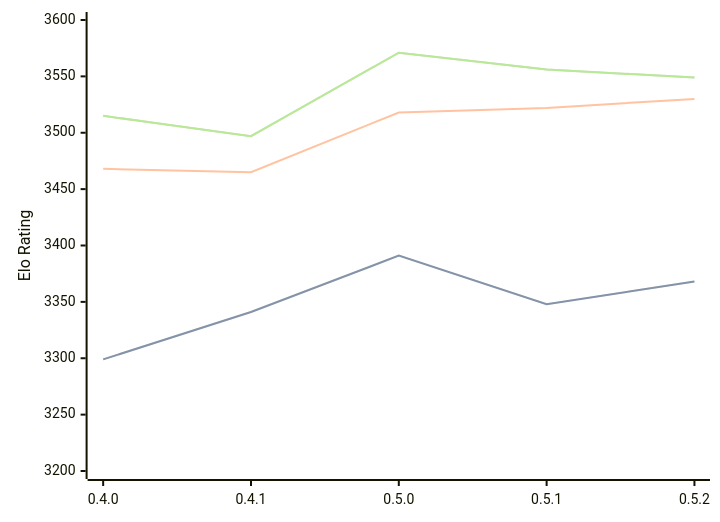
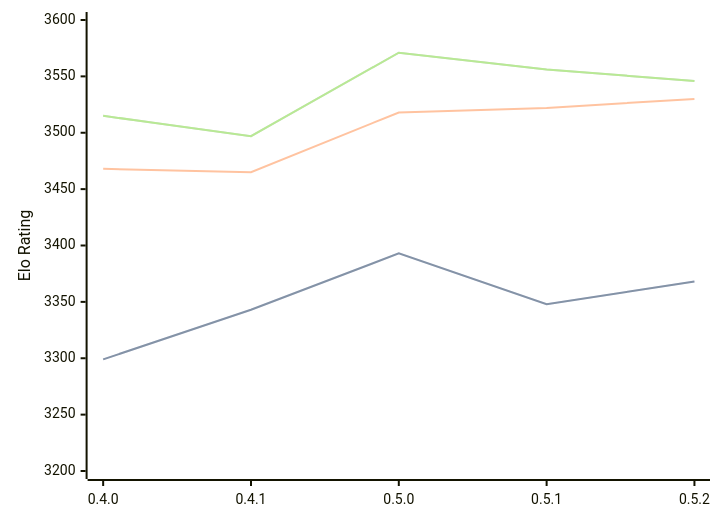
The diagram in engines/Cinder.md (computer-chess-index/cci), drawn with Mermaid before and after one commit. The commit also changed other lines of this file, not shown here.

Commit message:
Update CCI Ratings (ELO VLTC) - 2026-07-26

````diff
--- a/engines/Cinder.md
+++ b/engines/Cinder.md
@@ -43,11 +43,11 @@
 ```mermaid
 %%{init: {"theme":"base","themeVariables":{"seriesColors:['#a3a3a3','#222221','#faa371']}}}%%
 xychart-beta
   x-axis ["0.4.0", "0.4.1", "0.5.0", "0.5.1", "0.5.2"]
   y-axis "Elo Rating" 3200 --> 3600
-  line "STC (8.0+0.08s)" [3299, 3341, 3391, 3348, 3368]
-  line "STC (8.0+0.08s)" [3299, 3341, 3391, 3348, 3368]
+  line "STC (8.0+0.08s)" [3299, 3343, 3393, 3348, 3368]
+  line "STC (8.0+0.08s)" [3299, 3343, 3393, 3348, 3368]
   line "LTC (60.0+0.60s)" [3468, 3465, 3518, 3522, 3530]
-  line "VLTC (2m24s+1.12s)" [3515, 3497, 3571, 3556, 3549]
-  line "VLTC (2m24s+1.12s)" [3515, 3497, 3571, 3556, 3549]
+  line "VLTC (2m24s+1.12s)" [3515, 3497, 3571, 3556, 3546]
+  line "VLTC (2m24s+1.12s)" [3515, 3497, 3571, 3556, 3546]
 ```
````
